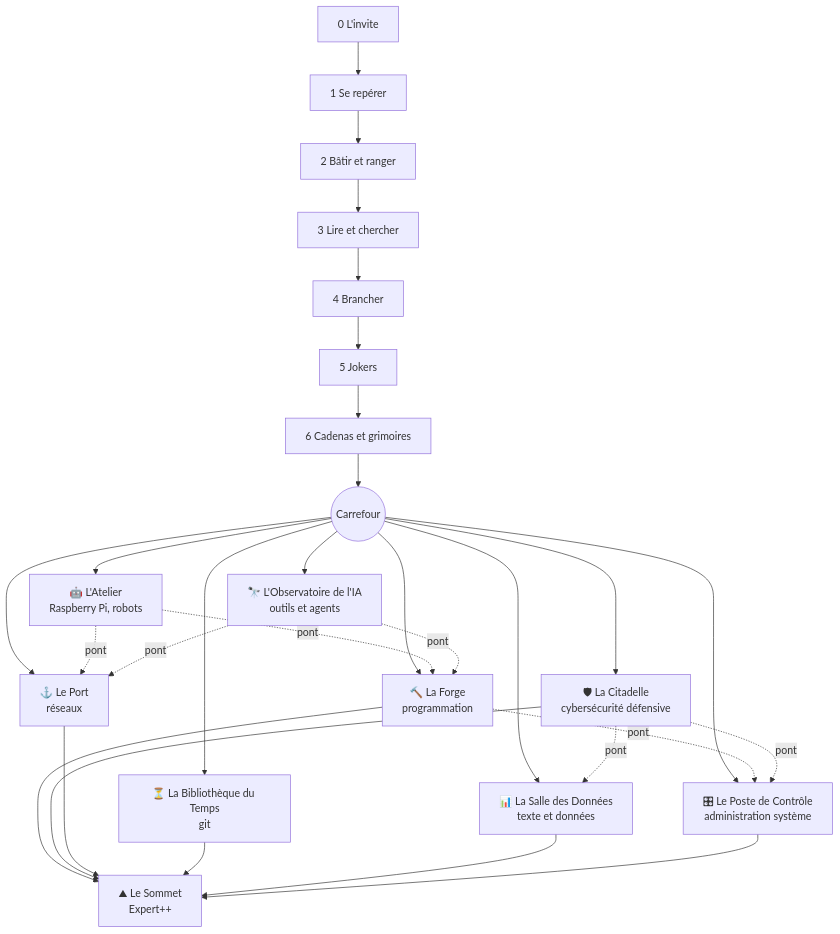
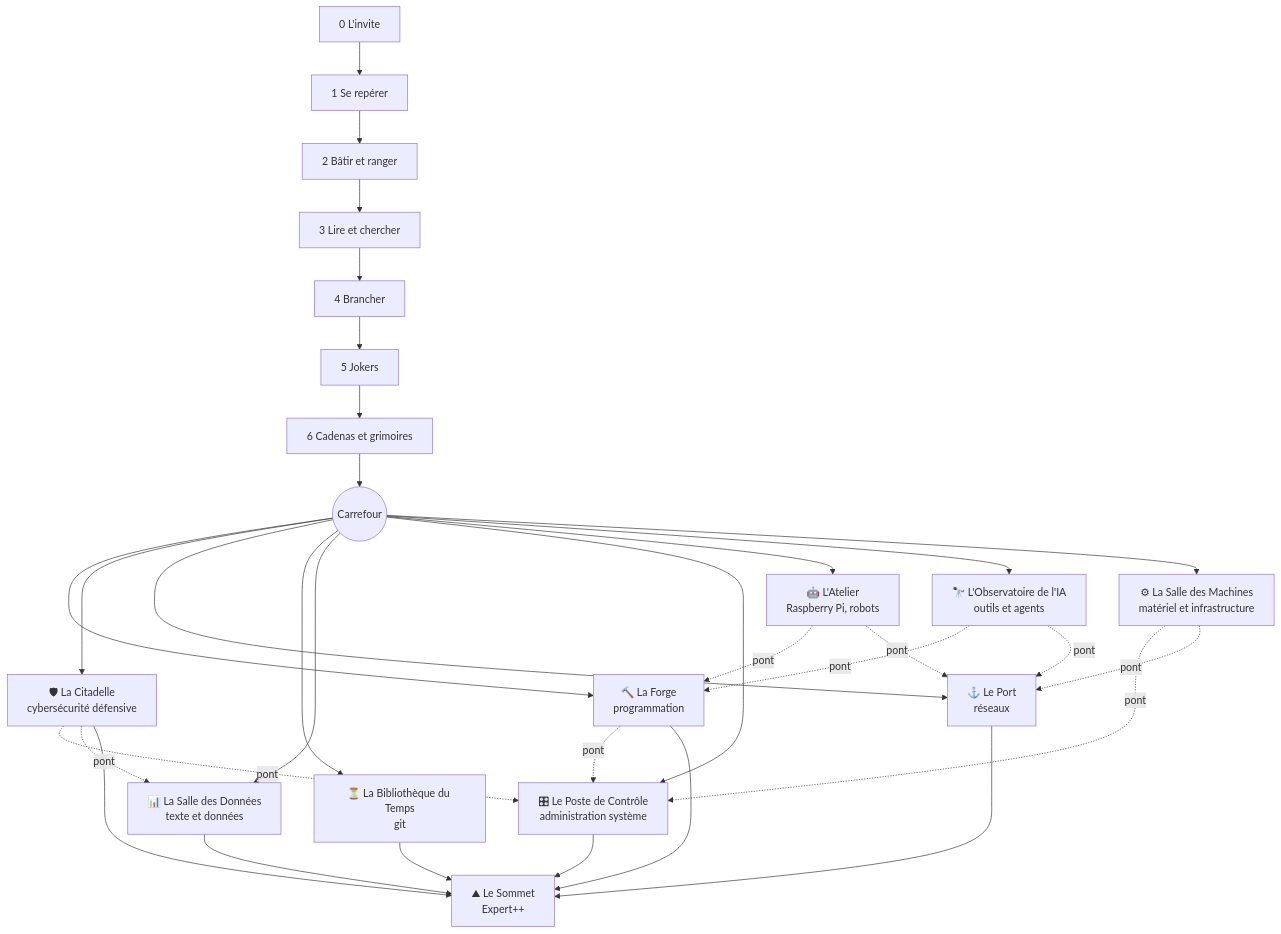
One commit to grecdel/terminagotchi changed the diagram in docs/programme.md. Above: the diagram before and after it, drawn with Mermaid. The commit also changed other lines of this file, not shown here.

First line of the commit message:
Programme : partie 7 « Vers la référence » (charte de rigueur, protocoles réseau P6-P11, Salle des Machines, comprendre l'IA O5-O9, boîtes simulées de la Citadelle, créatures débloquées par les mondes, Terminagotchi en classe) [skip ci]

````diff
--- a/docs/programme.md
+++ b/docs/programme.md
@@ -523,22 +524,25 @@
 ```mermaid
 flowchart TD
     N0[0 L'invite] --> N1[1 Se repérer] --> N2[2 Bâtir et ranger] --> N3[3 Lire et chercher]
     N3 --> N4[4 Brancher] --> N5[5 Jokers] --> N6[6 Cadenas et grimoires]
     N6 --> X((Carrefour))
     X --> FORGE[🔨 La Forge<br/>programmation]
     X --> CIT[🛡 La Citadelle<br/>cybersécurité défensive]
     X --> PORT[⚓ Le Port<br/>réseaux]
     X --> TEMPS[⏳ La Bibliothèque du Temps<br/>git]
     X --> DATA[📊 La Salle des Données<br/>texte et données]
     X --> CTRL[🎛 Le Poste de Contrôle<br/>administration système]
     X --> ATEL[🤖 L'Atelier<br/>Raspberry Pi, robots]
     X --> IA[🔭 L'Observatoire de l'IA<br/>outils et agents]
+    X --> MACH[⚙ La Salle des Machines<br/>matériel et infrastructure]
+    MACH -. pont .-> CTRL
+    MACH -. pont .-> PORT
     FORGE -. pont .-> CTRL
     CIT -. pont .-> CTRL
     CIT -. pont .-> DATA
     ATEL -. pont .-> FORGE
     ATEL -. pont .-> PORT
     IA -. pont .-> FORGE
     IA -. pont .-> PORT
     FORGE & CIT & PORT & TEMPS & DATA & CTRL --> SOMMET[⛰ Le Sommet<br/>Expert++]
 ```
````
